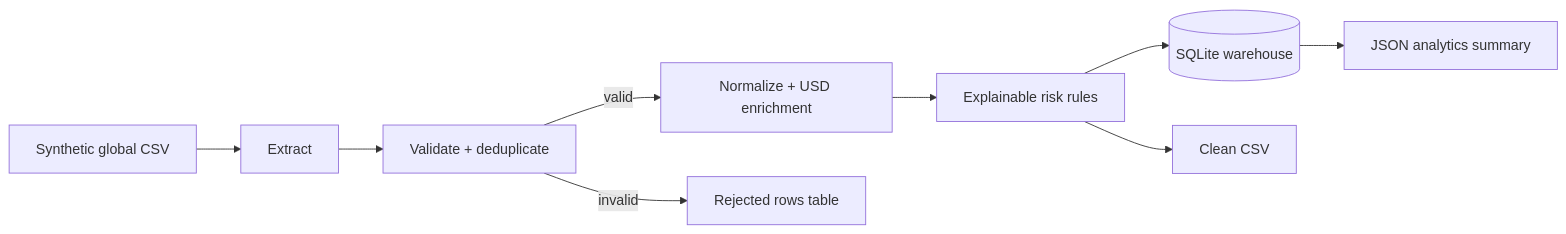
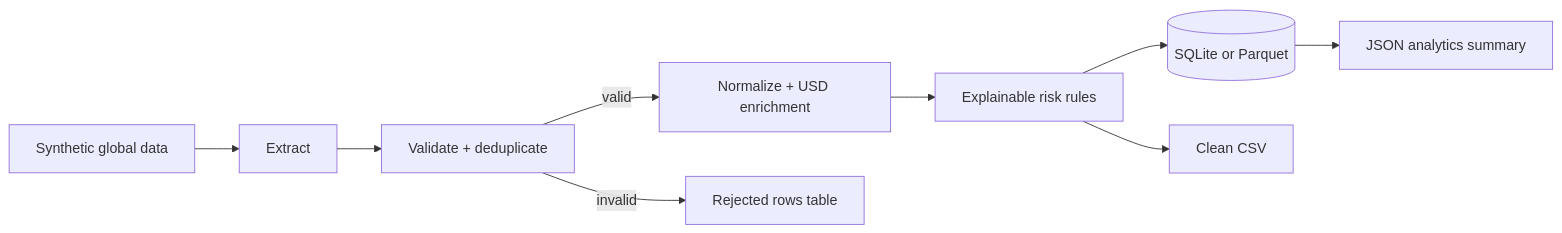
The diagram in README.md (mfslovely/worldwide-transactions-pipeline), drawn with Mermaid before and after one commit. The commit also changed other lines of this file and 9 other files, not shown here.

````diff
--- a/README.md
+++ b/README.md
@@ -9,11 +9,11 @@
 ```mermaid
 flowchart LR
-    A[Synthetic global CSV] --> B[Extract]
+    A[Synthetic global data] --> B[Extract]
     B --> C[Validate + deduplicate]
     C -->|valid| D[Normalize + USD enrichment]
     C -->|invalid| Q[Rejected rows table]
     D --> E[Explainable risk rules]
-    E --> F[(SQLite warehouse)]
+    E --> F[(SQLite or Parquet)]
     E --> G[Clean CSV]
     F --> H[JSON analytics summary]
 ```
````
